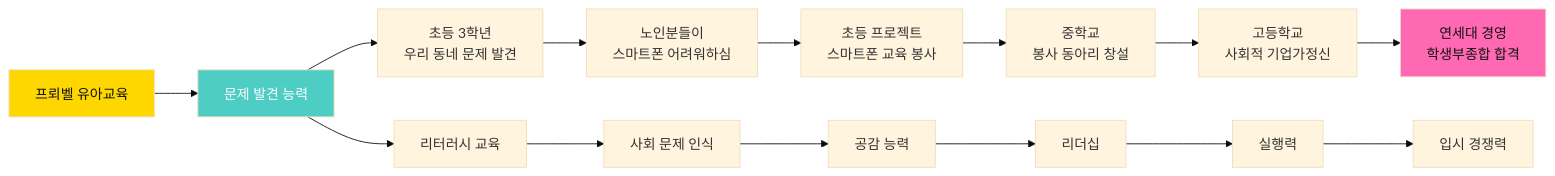
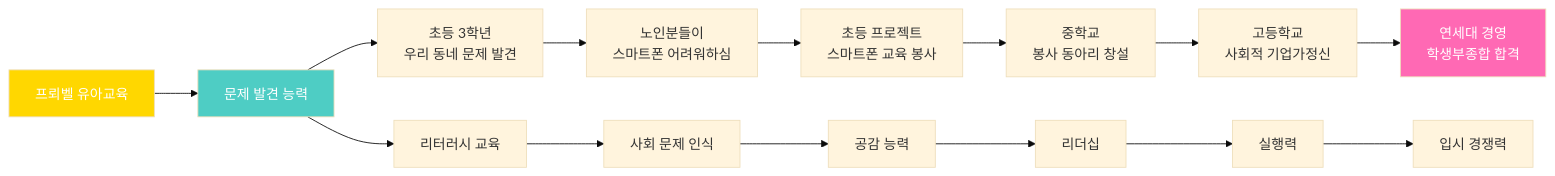
Before and after one commit to Collegenie-X/froebel: diagram 19 of 34 in 3단계_프뢰벨_FAQ_핵심가치.md, drawn with Mermaid (base theme). The commit also changed other lines of this file and 4 other files, not shown here.

````diff
--- a/3단계_프뢰벨_FAQ_핵심가치.md
+++ b/3단계_프뢰벨_FAQ_핵심가치.md
@@ -1007,27 +1007,27 @@
 ```mermaid
 graph LR
     A[프뢰벨 유아교육] --> B[문제 발견 능력]
     
     B --> C1[초등 3학년<br/>우리 동네 문제 발견]
     
     C1 --> D1[노인분들이<br/>스마트폰 어려워하심]
     
     D1 --> E1[초등 프로젝트<br/>스마트폰 교육 봉사]
     
     E1 --> F1[중학교<br/>봉사 동아리 창설]
     
     F1 --> G1[고등학교<br/>사회적 기업가정신]
     
     G1 --> H1[연세대 경영<br/>학생부종합 합격]
     
     B --> C2[리터러시 교육]
     C2 --> D2[사회 문제 인식]
     D2 --> E2[공감 능력]
     E2 --> F2[리더십]
     F2 --> G2[실행력]
     G2 --> H2[입시 경쟁력]
     
-    style A fill:#FFD700,color:#111
+    style A fill:#FFD700,color:#fff
     style B fill:#4ECDC4,color:#fff
-    style H1 fill:#FF69B4,color:#111
+    style H1 fill:#FF69B4,color:#fff
 ```
````
